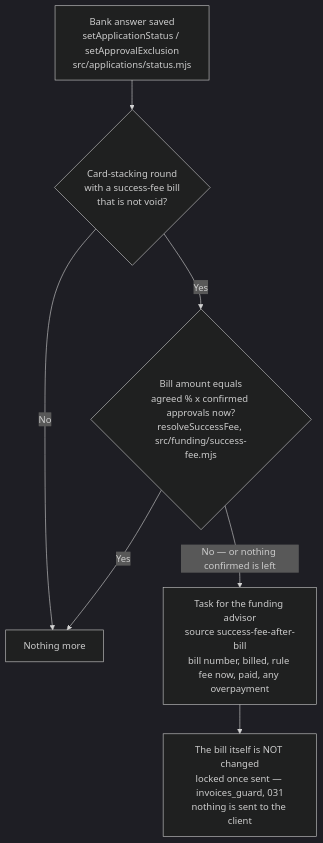
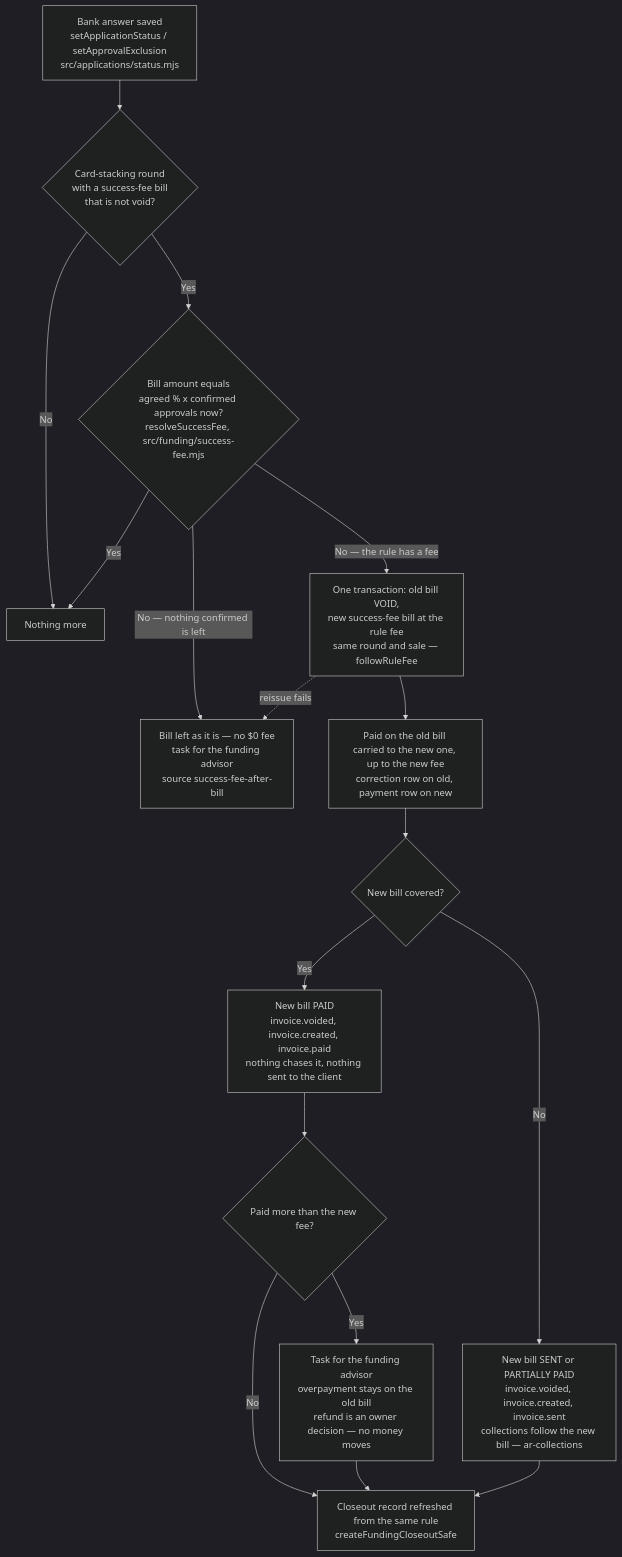
Before and after one commit to ZootimusMaximusSupreme/Fundhub_ai: the second of 3 diagrams in docs/journeys/funding-round-flow.md, drawn with Mermaid (dark theme). The commit also changed other lines of this file and 8 other files, not shown here.

````diff
--- a/docs/journeys/funding-round-flow.md
+++ b/docs/journeys/funding-round-flow.md
@@ -162,9 +162,19 @@
 ```mermaid
 flowchart TD
     SAVE[Bank answer saved<br/>setApplicationStatus / setApprovalExclusion<br/>src/applications/status.mjs] --> R{Card-stacking round<br/>with a success-fee bill<br/>that is not void?}
     R -->|No| DONE[Nothing more]
     R -->|Yes| CMP{Bill amount equals<br/>agreed % x confirmed approvals now?<br/>resolveSuccessFee, src/funding/success-fee.mjs}
     CMP -->|Yes| DONE
-    CMP -->|"No — or nothing confirmed is left"| TASK[Task for the funding advisor<br/>source success-fee-after-bill<br/>bill number, billed, rule fee now, paid, any overpayment]
-    TASK --> LOCK[The bill itself is NOT changed<br/>locked once sent — invoices_guard, 031<br/>nothing is sent to the client]
+    CMP -->|"No — nothing confirmed is left"| TASK[Bill left as it is — no $0 fee<br/>task for the funding advisor<br/>source success-fee-after-bill]
+    CMP -->|"No — the rule has a fee"| RE[One transaction: old bill VOID,<br/>new success-fee bill at the rule fee<br/>same round and sale — followRuleFee]
+    RE --> CARRY[Paid on the old bill carried to the new one, up to the new fee<br/>correction row on old, payment row on new]
+    CARRY --> ST{New bill covered?}
+    ST -->|Yes| PAID[New bill PAID<br/>invoice.voided, invoice.created, invoice.paid<br/>nothing chases it, nothing sent to the client]
+    ST -->|No| SENT[New bill SENT or PARTIALLY PAID<br/>invoice.voided, invoice.created, invoice.sent<br/>collections follow the new bill — ar-collections]
+    PAID --> OVER{Paid more than the new fee?}
+    OVER -->|Yes| OTASK[Task for the funding advisor<br/>overpayment stays on the old bill<br/>refund is an owner decision — no money moves]
+    OVER -->|No| CO
+    OTASK --> CO[Closeout record refreshed from the same rule<br/>createFundingCloseoutSafe]
+    SENT --> CO
+    RE -.->|reissue fails| TASK
 ```
````
